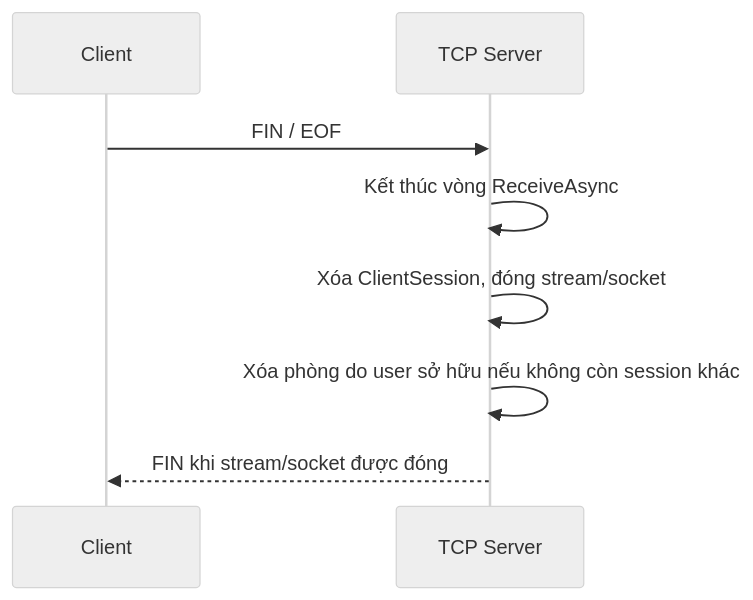
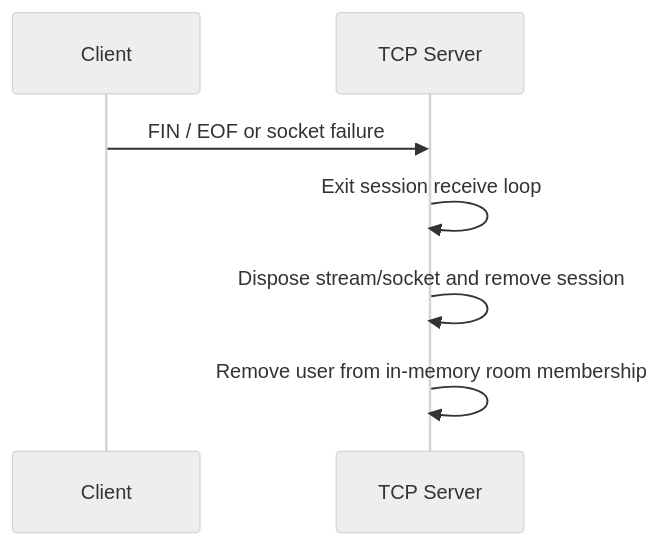
The third of 3 diagrams in docs/protocol.md (thanhnhi8769-ctrl/DanToPhong), drawn with Mermaid (neutral theme) before and after one commit. The commit also changed other lines of this file and 1840 other files, not shown here.

````diff
--- a/docs/protocol.md
+++ b/docs/protocol.md
@@ -151,10 +182,9 @@
 ```mermaid
 sequenceDiagram
     participant C as Client
     participant S as TCP Server
-    C->>S: FIN / EOF
-    S->>S: Kết thúc vòng ReceiveAsync
-    S->>S: Xóa ClientSession, đóng stream/socket
-    S->>S: Xóa phòng do user sở hữu nếu không còn session khác
-    S-->>C: FIN khi stream/socket được đóng
+    C->>S: FIN / EOF or socket failure
+    S->>S: Exit session receive loop
+    S->>S: Dispose stream/socket and remove session
+    S->>S: Remove user from in-memory room membership
 ```
````
